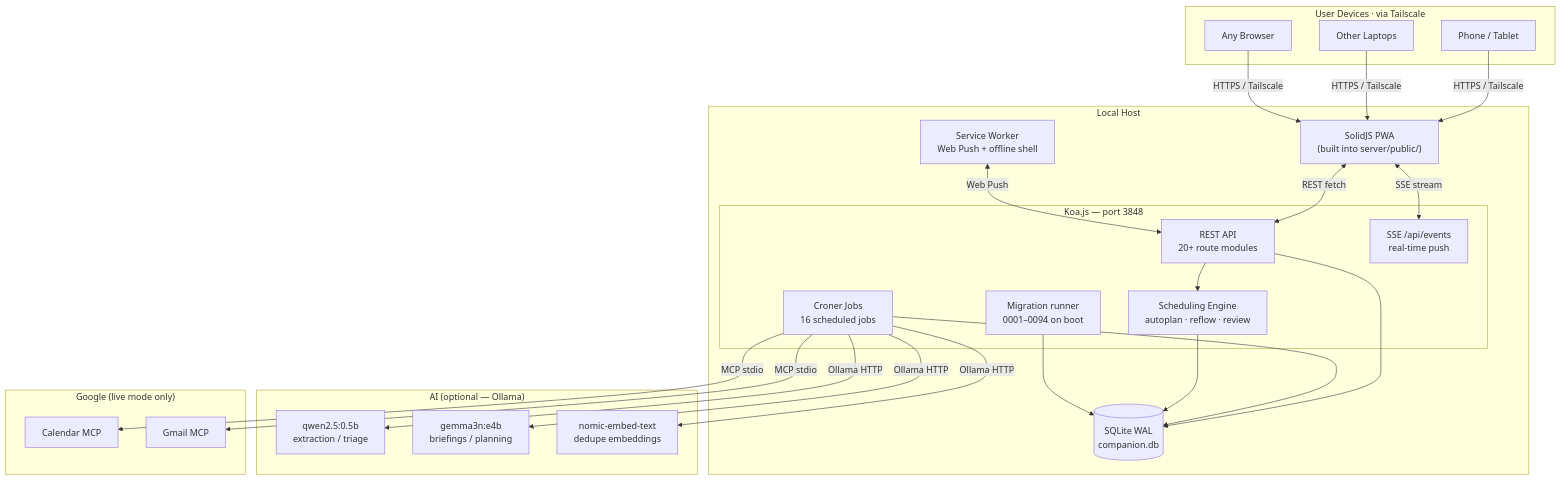
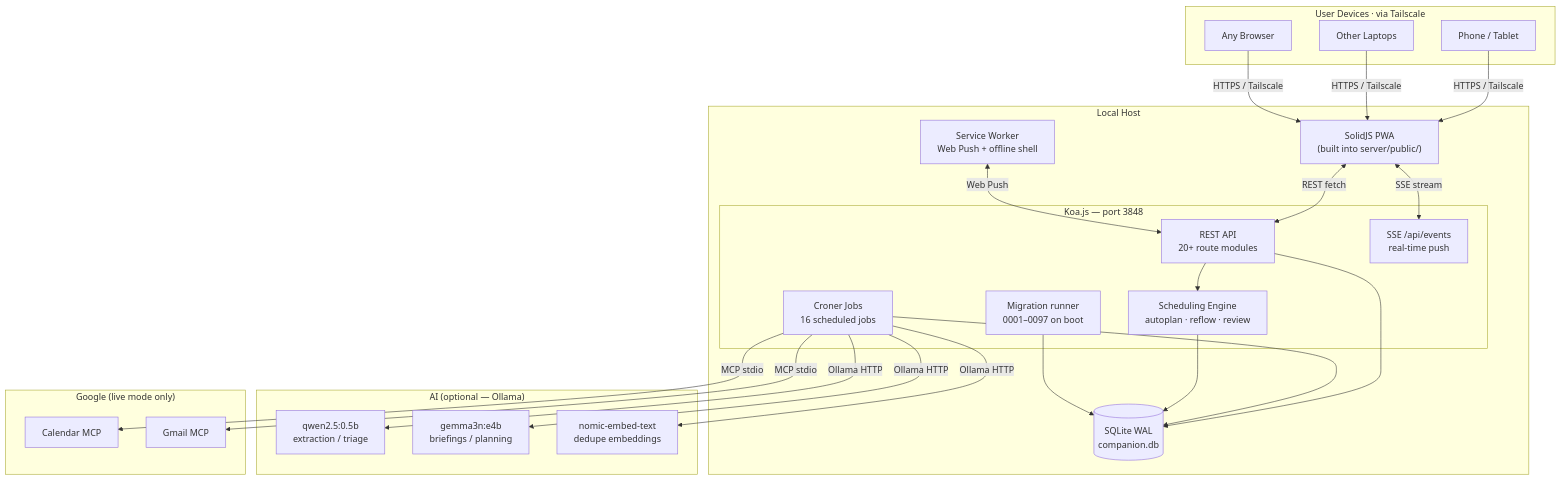
One commit to companionintelligence/CI-Planning changed the first of 6 diagrams in ARCHITECTURE.md. Above: the diagram before and after it, drawn with Mermaid. The commit also changed 27 other files, not shown here.

````diff
--- a/ARCHITECTURE.md
+++ b/ARCHITECTURE.md
@@ -38,49 +38,49 @@
 ```mermaid
 graph TB
     subgraph Devices["User Devices · via Tailscale"]
         Phone["Phone / Tablet"]
         Laptop["Other Laptops"]
         Browser["Any Browser"]
     end
 
     subgraph Host["Local Host"]
         subgraph Koa["Koa.js — port 3848"]
             API["REST API<br/>20+ route modules"]
             SSE["SSE /api/events<br/>real-time push"]
             Engine["Scheduling Engine<br/>autoplan · reflow · review"]
             Cron["Croner Jobs<br/>16 scheduled jobs"]
-            Migrate["Migration runner<br/>0001–0094 on boot"]
+            Migrate["Migration runner<br/>0001–0097 on boot"]
         end
         FE["SolidJS PWA<br/>(built into server/public/)"]
         SW["Service Worker<br/>Web Push + offline shell"]
         DB[("SQLite WAL<br/>companion.db")]
     end
 
     subgraph AI["AI (optional — Ollama)"]
         Small["qwen2.5:0.5b<br/>extraction / triage"]
         Medium["gemma3n:e4b<br/>briefings / planning"]
         Embed["nomic-embed-text<br/>dedupe embeddings"]
     end
 
     subgraph Google["Google (live mode only)"]
         GCal["Calendar MCP"]
         Gmail["Gmail MCP"]
     end
 
     Phone -->|HTTPS / Tailscale| FE
     Laptop -->|HTTPS / Tailscale| FE
     Browser -->|HTTPS / Tailscale| FE
     FE <-->|REST fetch| API
     FE <-->|SSE stream| SSE
     SW <-->|Web Push| API
     API --> Engine
     API --> DB
     Cron --> DB
     Cron -->|Ollama HTTP| Small
     Cron -->|Ollama HTTP| Medium
     Cron -->|Ollama HTTP| Embed
     Cron -->|MCP stdio| GCal
     Cron -->|MCP stdio| Gmail
     Engine --> DB
     Migrate --> DB
 ```
````
